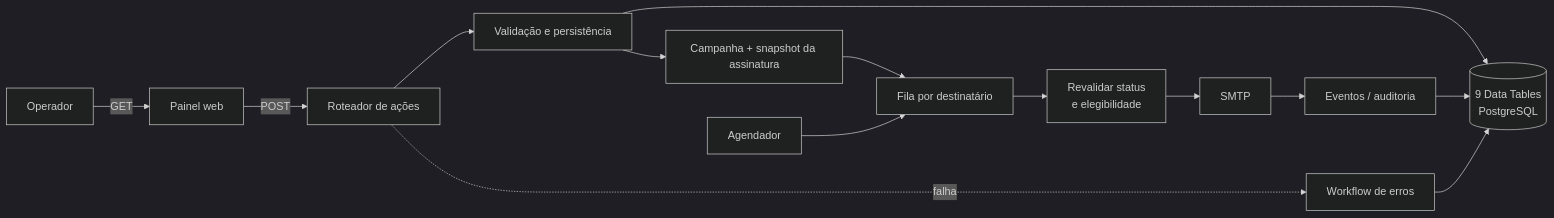
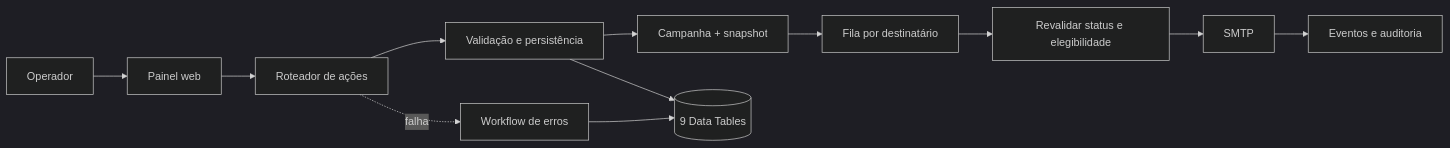
The diagram in README.md (Mayconxzdev/MalaDireta), drawn with Mermaid (dark theme) before and after one commit. The commit also changed other lines of this file and 1 other file, not shown here.

````diff
--- a/README.md
+++ b/README.md
@@ -88,16 +80,14 @@
 ```mermaid
 flowchart LR
-    U["Operador"] -->|GET| P["Painel web"]
-    P -->|POST| R["Roteador de ações"]
-    R --> V["Validação e persistência"]
-    V --> C["Campanha + snapshot da assinatura"]
-    C --> Q["Fila por destinatário"]
-    T["Agendador"] --> Q
-    Q --> G["Revalidar status\ne elegibilidade"]
-    G --> S["SMTP"]
-    S --> A["Eventos / auditoria"]
-    V --> D[("9 Data Tables\nPostgreSQL")]
-    A --> D
-    R -. falha .-> E["Workflow de erros"]
+    U[Operador] --> P[Painel web]
+    P --> R[Roteador de ações]
+    R --> V[Validação e persistência]
+    V --> C[Campanha + snapshot]
+    C --> Q[Fila por destinatário]
+    Q --> G[Revalidar status e elegibilidade]
+    G --> S[SMTP]
+    S --> A[Eventos e auditoria]
+    V --> D[(9 Data Tables)]
+    R -. falha .-> E[Workflow de erros]
     E --> D
 ```
````
